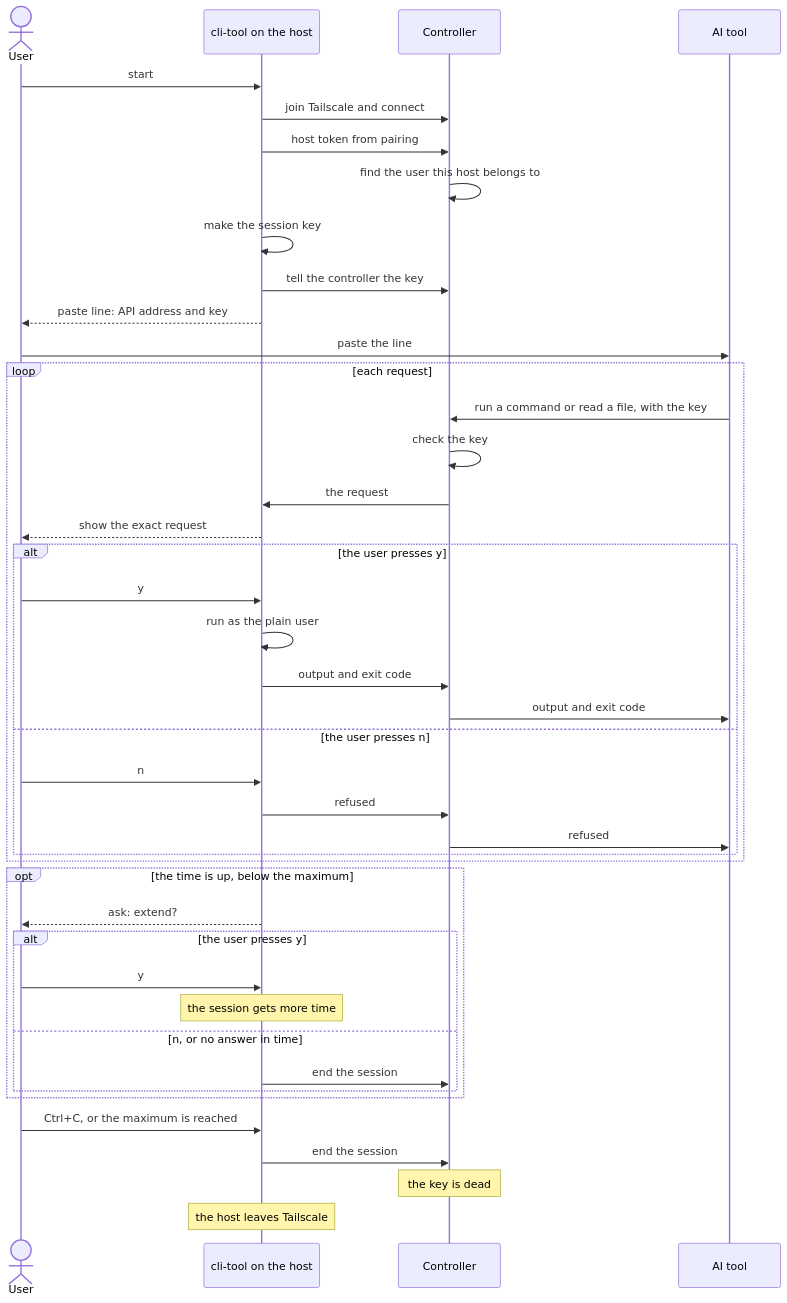
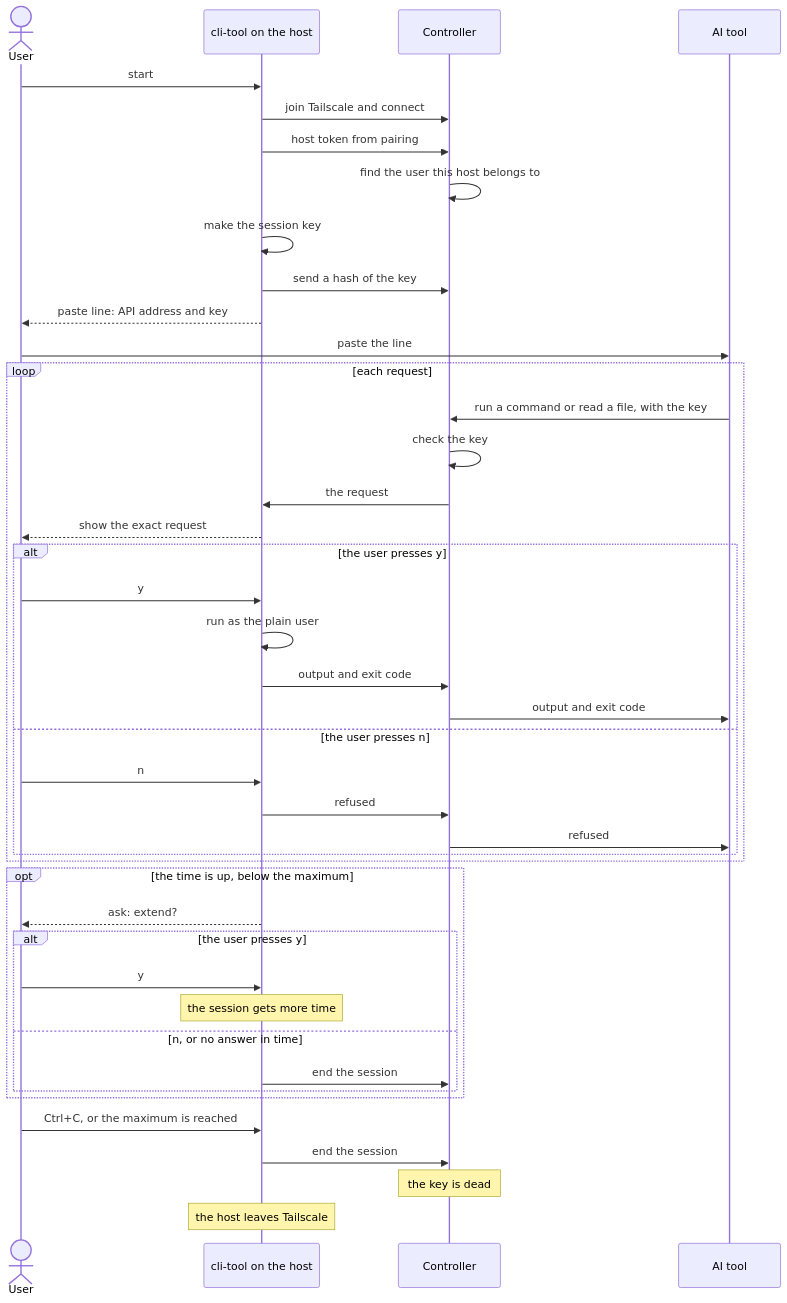
The second of 8 diagrams in diagrams.draft.md (kdop/gangway), drawn with Mermaid before and after one commit. The commit also changed other lines of this file and 3 other files, not shown here.

````diff
--- a/diagrams.draft.md
+++ b/diagrams.draft.md
@@ -41,48 +41,48 @@
 ```mermaid
 sequenceDiagram
   actor K as User
   participant C as cli-tool on the host
   participant S as Controller
   participant A as AI tool
 
   K->>C: start
   C->>S: join Tailscale and connect
   C->>S: host token from pairing
   S->>S: find the user this host belongs to
   C->>C: make the session key
-  C->>S: tell the controller the key
+  C->>S: send a hash of the key
   C-->>K: paste line: API address and key
   K->>A: paste the line
 
   loop each request
     A->>S: run a command or read a file, with the key
     S->>S: check the key
     S->>C: the request
     C-->>K: show the exact request
     alt the user presses y
       K->>C: y
       C->>C: run as the plain user
       C->>S: output and exit code
       S->>A: output and exit code
     else the user presses n
       K->>C: n
       C->>S: refused
       S->>A: refused
     end
   end
 
   opt the time is up, below the maximum
     C-->>K: ask: extend?
     alt the user presses y
       K->>C: y
       Note over C: the session gets more time
     else n, or no answer in time
       C->>S: end the session
     end
   end
 
   K->>C: Ctrl+C, or the maximum is reached
   C->>S: end the session
   Note over S: the key is dead
   Note over C: the host leaves Tailscale
 ```
````
